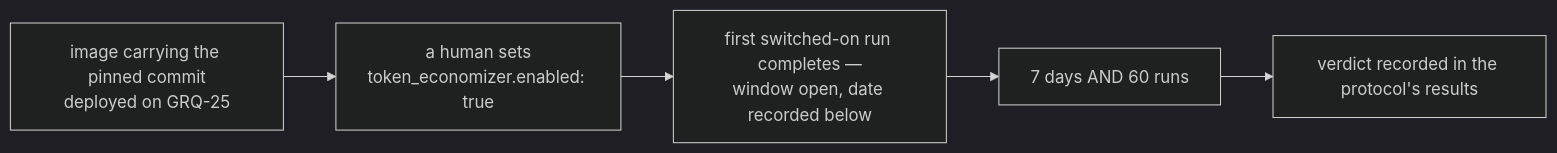
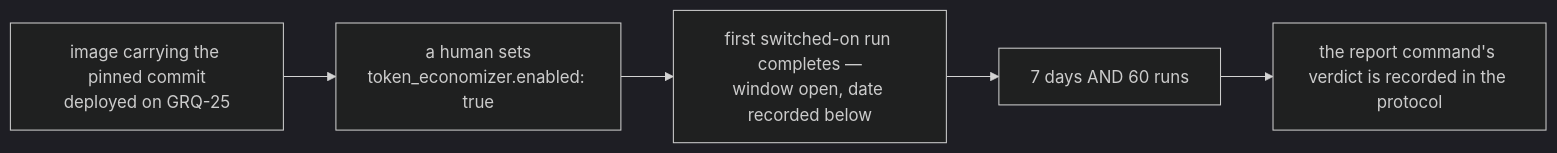
One commit to stSoftwareAU/VibeCoder changed the diagram in docs/TOKEN-ECONOMIZER-TRIAL.md. Above: the diagram before and after it, drawn with Mermaid (dark theme). The commit also changed other lines of this file and 5 other files, not shown here.

````diff
--- a/docs/TOKEN-ECONOMIZER-TRIAL.md
+++ b/docs/TOKEN-ECONOMIZER-TRIAL.md
@@ -224,7 +224,7 @@
 ```mermaid
 flowchart LR
     A["image carrying the pinned commit<br/>deployed on GRQ-25"] --> B["a human sets<br/>token_economizer.enabled: true"]
     B --> C["first switched-on run completes —<br/>window open, date recorded below"]
     C --> D["7 days AND 60 runs"]
-    D --> E["verdict recorded in the protocol's results"]
+    D --> E["the report command's verdict is recorded in the protocol"]
 ```
````
